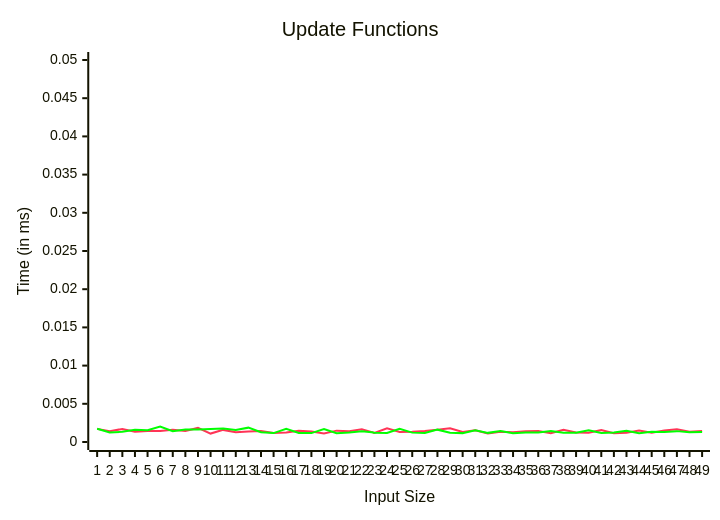
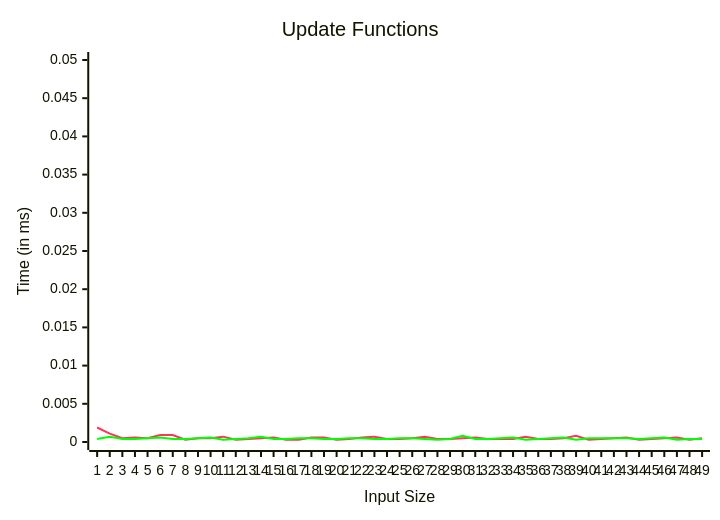
Before and after one commit to m-bock/purescript-transit: the diagram in bench/backend-ES.md, drawn with Mermaid. The commit also changed 6 other files, not shown here.

````diff
--- a/bench/backend-ES.md
+++ b/bench/backend-ES.md
@@ -2,14 +2,14 @@
 ```mermaid
 ---
   config:
     themeVariables:
         xyChart:
             plotColorPalette: "#ff3456, #00ff00, #0000ff, #ffff00, #ff00ff, #00ffff"
 ---
 xychart
   title "Update Functions"
   x-axis "Input Size" [1, 2, 3, 4, 5, 6, 7, 8, 9, 10, 11, 12, 13, 14, 15, 16, 17, 18, 19, 20, 21, 22, 23, 24, 25, 26, 27, 28, 29, 30, 31, 32, 33, 34, 35, 36, 37, 38, 39, 40, 41, 42, 43, 44, 45, 46, 47, 48, 49]
   y-axis "Time (in ms)" 0 --> 0.05
-  line [0.001719, 0.001422, 0.001705, 0.001346, 0.001445, 0.001447, 0.001612, 0.00143, 0.001843, 0.001103, 0.001584, 0.001265, 0.001367, 0.001431, 0.001183, 0.001243, 0.001476, 0.001384, 0.001115, 0.001488, 0.00142, 0.001678, 0.001198, 0.001783, 0.001314, 0.00135, 0.001431, 0.001598, 0.001795, 0.001304, 0.001536, 0.001116, 0.001353, 0.001265, 0.001397, 0.001436, 0.001148, 0.001608, 0.001245, 0.0012, 0.001578, 0.001148, 0.001202, 0.001489, 0.001225, 0.001499, 0.001661, 0.001343, 0.001445]
-  line [0.001736, 0.001246, 0.001333, 0.001603, 0.001529, 0.00202, 0.001412, 0.001634, 0.001645, 0.001714, 0.001754, 0.001582, 0.001878, 0.00129, 0.001167, 0.001719, 0.00118, 0.001166, 0.001698, 0.001143, 0.001242, 0.001401, 0.001225, 0.001181, 0.001739, 0.001227, 0.001171, 0.001616, 0.001225, 0.001162, 0.001524, 0.001196, 0.001443, 0.001144, 0.001258, 0.001229, 0.001433, 0.001222, 0.001198, 0.001523, 0.00119, 0.001245, 0.001482, 0.001146, 0.001342, 0.001319, 0.001423, 0.001286, 0.001297]
+  line [0.0019, 0.0011, 0.0005, 0.0006, 0.0005, 0.0009, 0.0009, 0.0003, 0.0005, 0.0005, 0.0007, 0.0003, 0.0004, 0.0005, 0.0006, 0.0003, 0.0003, 0.0006, 0.0006, 0.0003, 0.0004, 0.0006, 0.0007, 0.0004, 0.0004, 0.0005, 0.0007, 0.0004, 0.0004, 0.0005, 0.0006, 0.0004, 0.0004, 0.0004, 0.0007, 0.0004, 0.0004, 0.0005, 0.0008, 0.0003, 0.0004, 0.0005, 0.0006, 0.0003, 0.0004, 0.0005, 0.0006, 0.0003, 0.0005]
+  line [0.0004, 0.0007, 0.0004, 0.0004, 0.0005, 0.0006, 0.0004, 0.0004, 0.0005, 0.0006, 0.0003, 0.0004, 0.0005, 0.0007, 0.0004, 0.0004, 0.0005, 0.0005, 0.0004, 0.0004, 0.0005, 0.0005, 0.0004, 0.0004, 0.0005, 0.0005, 0.0004, 0.0003, 0.0004, 0.0008, 0.0004, 0.0004, 0.0005, 0.0006, 0.0003, 0.0004, 0.0005, 0.0006, 0.0003, 0.0005, 0.0005, 0.0005, 0.0005, 0.0004, 0.0005, 0.0006, 0.0003, 0.0004, 0.0004]
 ```
````
